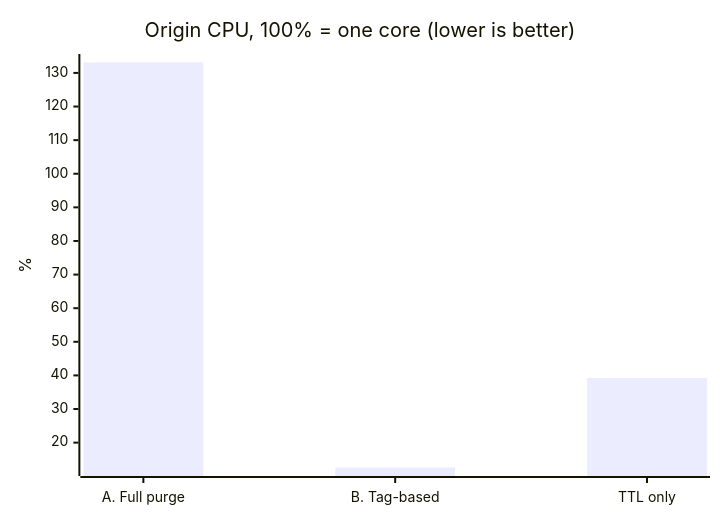
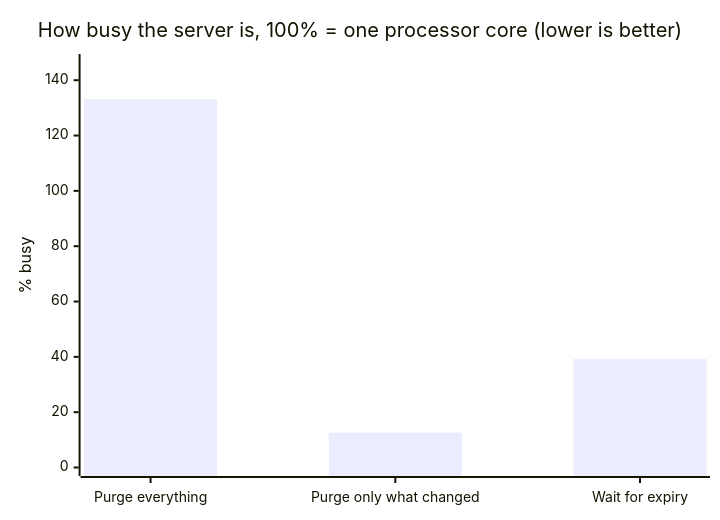
One commit to thamine-alaeddine/invalidate-less changed the fifth of 8 diagrams in README.md. Above: the diagram before and after it, drawn with Mermaid. The commit also changed other lines of this file and 1 other file, not shown here.

Commit message:
docs: use plain-language labels and zero-based axes in result charts

````diff
--- a/README.md
+++ b/README.md
@@ -347,7 +349,7 @@
 ```mermaid
 xychart-beta
-    title "Origin CPU, 100% = one core (lower is better)"
-    x-axis ["A. Full purge", "B. Tag-based", "TTL only"]
-    y-axis "%"
+    title "How busy the server is, 100% = one processor core (lower is better)"
+    x-axis ["Purge everything", "Purge only what changed", "Wait for expiry"]
+    y-axis "% busy" 0 --> 146.41
     bar [133.1, 12.6, 39.2]
 ```
````
